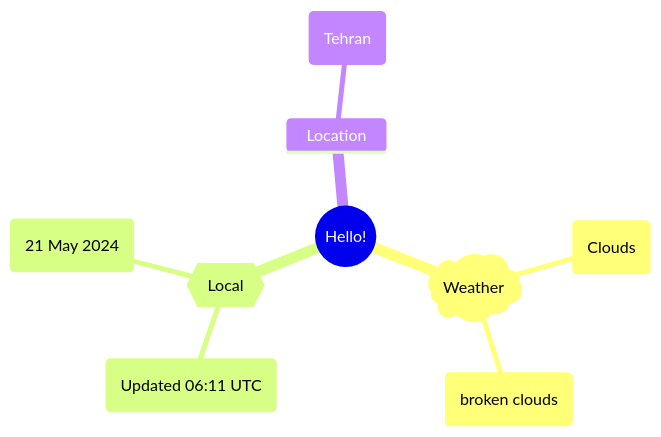
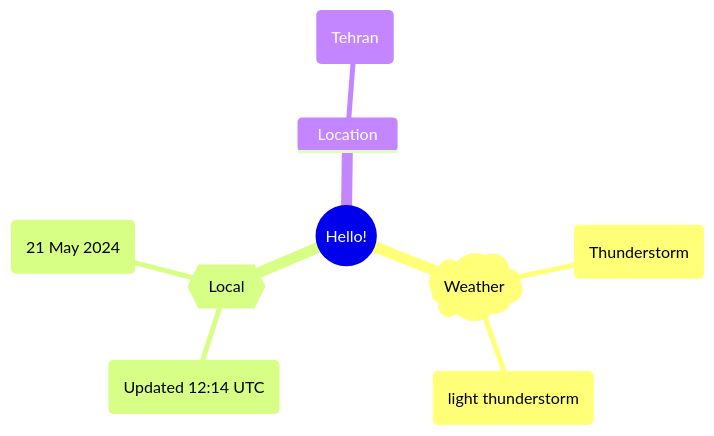
One commit to Xosrov/Xosrov changed the first of 2 diagrams in README.md. Above: the diagram before and after it, drawn with Mermaid.

Commit message:
[bot] updated images

````diff
--- a/README.md
+++ b/README.md
@@ -3,12 +3,12 @@
 ```mermaid
 mindmap
   root((Hello!))
     )Weather(
-        (Clouds)
-        (broken clouds)
+        (Thunderstorm)
+        (light thunderstorm)
     {{Local}}
-        (Updated 06:11 UTC)
+        (Updated 12:14 UTC)
         (21 May 2024)
     Location
         (Tehran)
 ```
````
